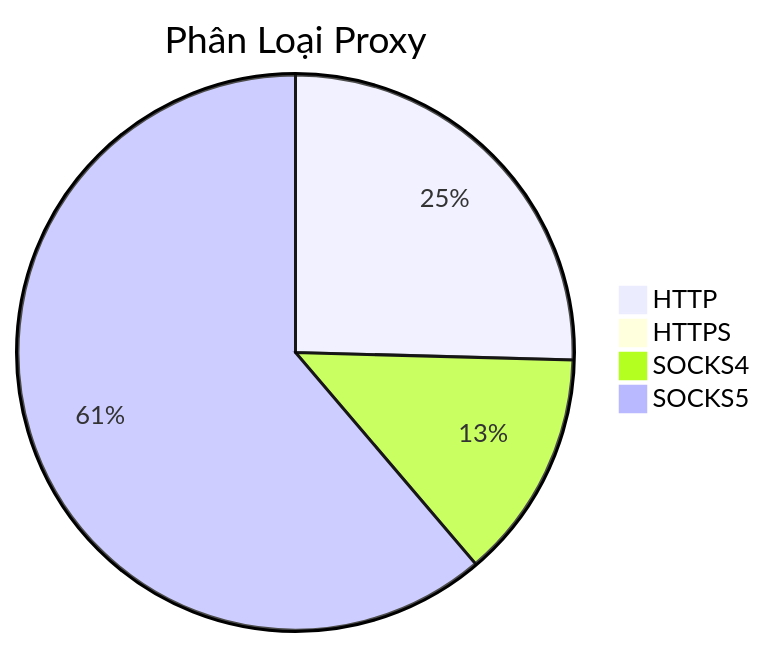
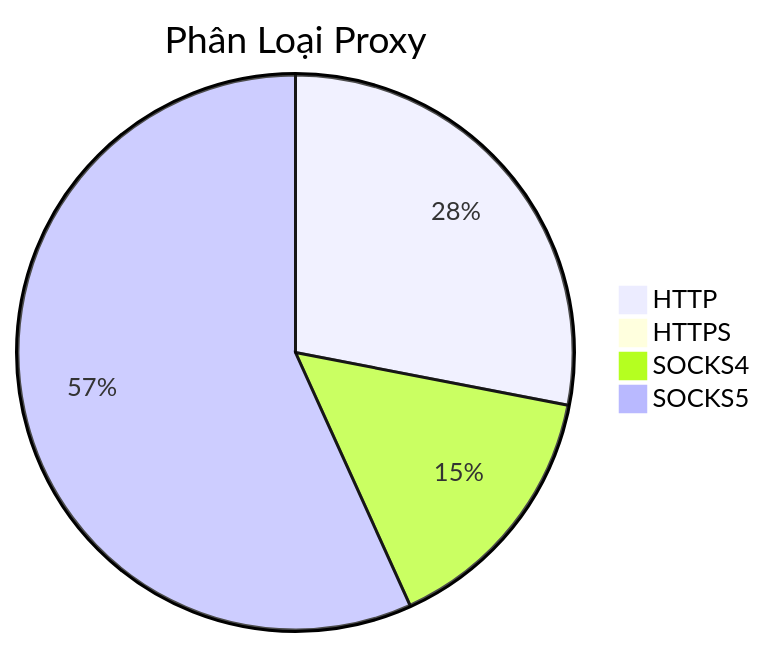
One commit to Ciara-Aa/PROXY-free changed the diagram in README.md. Above: the diagram before and after it, drawn with Mermaid. The commit also changed other lines of this file and 4 other files, not shown here.

````diff
--- a/README.md
+++ b/README.md
@@ -26,7 +26,7 @@
 ```mermaid
 pie title Phân Loại Proxy
-    "HTTP" : 797
+    "HTTP" : 698
     "HTTPS" : 1
-    "SOCKS4" : 418
-    "SOCKS5" : 1919
+    "SOCKS4" : 378
+    "SOCKS5" : 1413
 ```
````
